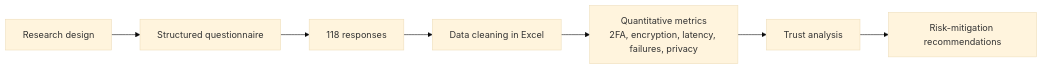
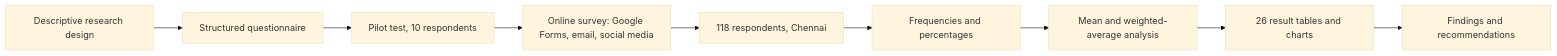
Before and after one commit to Gokulgk6/payment-gateway-security-analysis: the diagram in README.md, drawn with Mermaid (base theme). The commit also changed other lines of this file and 4 other files, not shown here.

````diff
--- a/README.md
+++ b/README.md
@@ -67,9 +81,11 @@
 ```mermaid
 flowchart LR
-    A[Research design] --> B[Structured questionnaire]
-    B --> C[118 responses]
-    C --> D[Data cleaning in Excel]
-    D --> E[Quantitative metrics<br/>2FA, encryption, latency, failures, privacy]
-    E --> F[Trust analysis]
-    F --> G[Risk-mitigation recommendations]
+    A[Descriptive research design] --> B[Structured questionnaire]
+    B --> C[Pilot test, 10 respondents]
+    C --> D[Online survey: Google Forms, email, social media]
+    D --> E[118 respondents, Chennai]
+    E --> F[Frequencies and percentages]
+    F --> G[Mean and weighted-average analysis]
+    G --> H[26 result tables and charts]
+    H --> I[Findings and recommendations]
 ```
````
